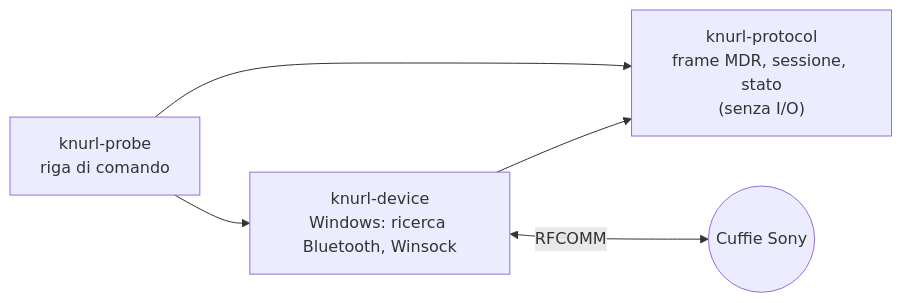
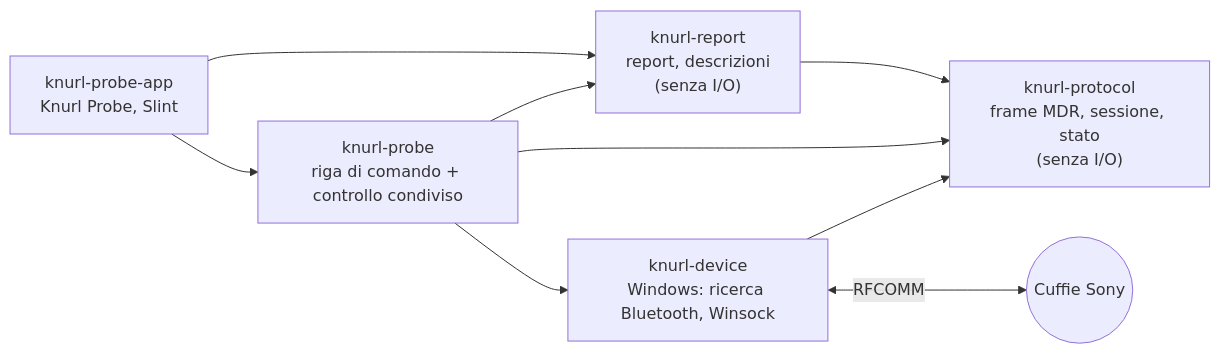
Before and after one commit to dooperdrew/knurl-probe: the diagram in README.it.md, drawn with Mermaid. The commit also changed other lines of this file and 32 other files, not shown here.

````diff
--- a/README.it.md
+++ b/README.it.md
@@ -58,7 +73,11 @@
 ```mermaid
 flowchart LR
-    probe["knurl-probe<br/>riga di comando"] --> device["knurl-device<br/>Windows: ricerca Bluetooth, Winsock"]
+    app["knurl-probe-app<br/>Knurl Probe, Slint"] --> probe
+    app --> report
+    probe["knurl-probe<br/>riga di comando + controllo condiviso"] --> device["knurl-device<br/>Windows: ricerca Bluetooth, Winsock"]
+    probe --> report["knurl-report<br/>report, descrizioni<br/>(senza I/O)"]
+    report --> protocol
     probe --> protocol
     device --> protocol["knurl-protocol<br/>frame MDR, sessione, stato<br/>(senza I/O)"]
     device <-- "RFCOMM" --> phones(("Cuffie Sony"))
 ```
````
